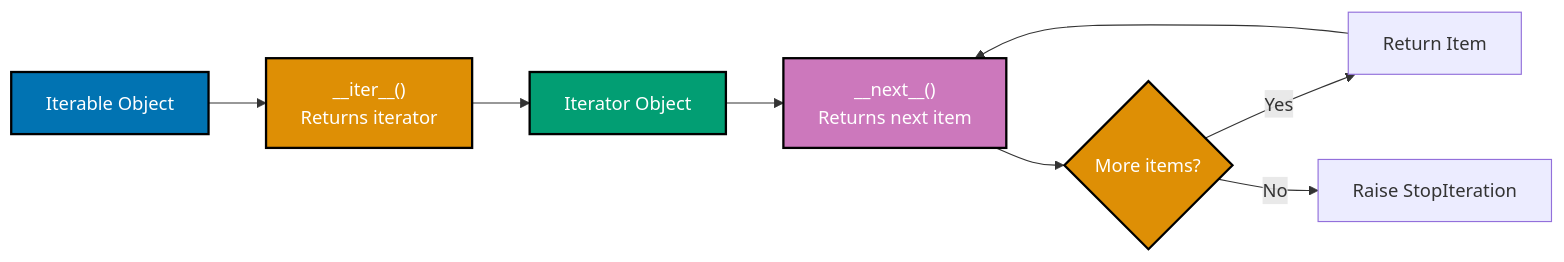
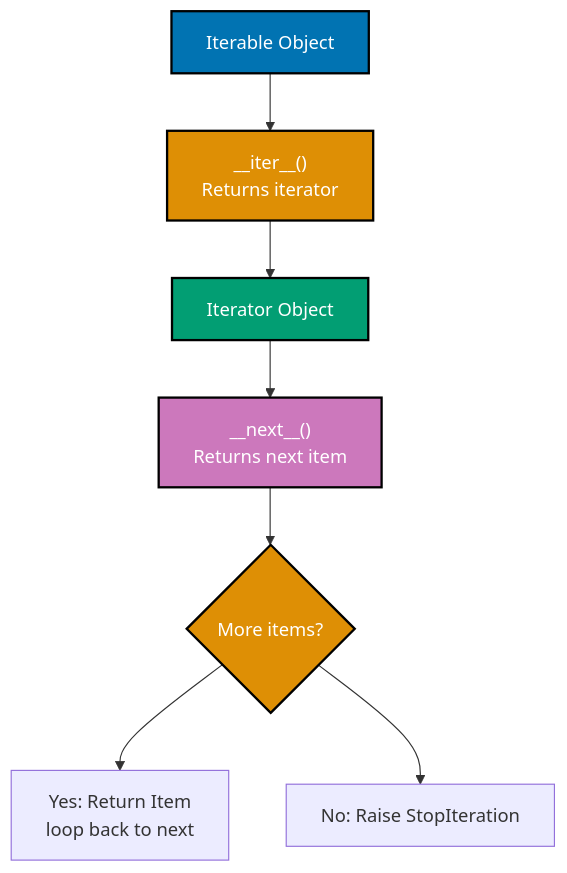
One commit to wahidyankf/open-sharia-enterprise changed the third of 4 diagrams in docs/explanation/software-engineering/programming-languages/python/functional-programming.md. Above: the diagram before and after it, drawn with Mermaid. The commit also changed other lines of this file and 12 other files, not shown here.

First line of the commit message:
fix(docs): fix mermaid violations in python docs

````diff
--- a/docs/explanation/software-engineering/programming-languages/python/functional-programming.md
+++ b/docs/explanation/software-engineering/programming-languages/python/functional-programming.md
@@ -614,20 +614,16 @@
 ```mermaid
 %% Color Palette: Blue #0173B2, Orange #DE8F05, Teal #029E73, Purple #CC78BC
-graph LR
-  A[Iterable Object] --> B[__iter__#40;#41;<br/>Returns iterator]
+graph TD
+  A[Iterable Object] --> B["__iter__#40;#41;<br/>Returns iterator"]
   B --> C[Iterator Object]
-
-  C --> D[__next__#40;#41;<br/>Returns next item]
+  C --> D["__next__#40;#41;<br/>Returns next item"]
   D --> E{More items?}
-
-  E -->|Yes| F[Return Item]
-  E -->|No| G[Raise StopIteration]
-
-  F --> D
+  E --> F[Yes: Return Item<br/>loop back to next]
+  E --> G[No: Raise StopIteration]
 
   style A fill:#0173B2,stroke:#000,color:#fff,stroke-width:2px
   style B fill:#DE8F05,stroke:#000,color:#fff,stroke-width:2px
   style C fill:#029E73,stroke:#000,color:#fff,stroke-width:2px
   style D fill:#CC78BC,stroke:#000,color:#fff,stroke-width:2px
   style E fill:#DE8F05,stroke:#000,color:#fff,stroke-width:2px
 ```
````
